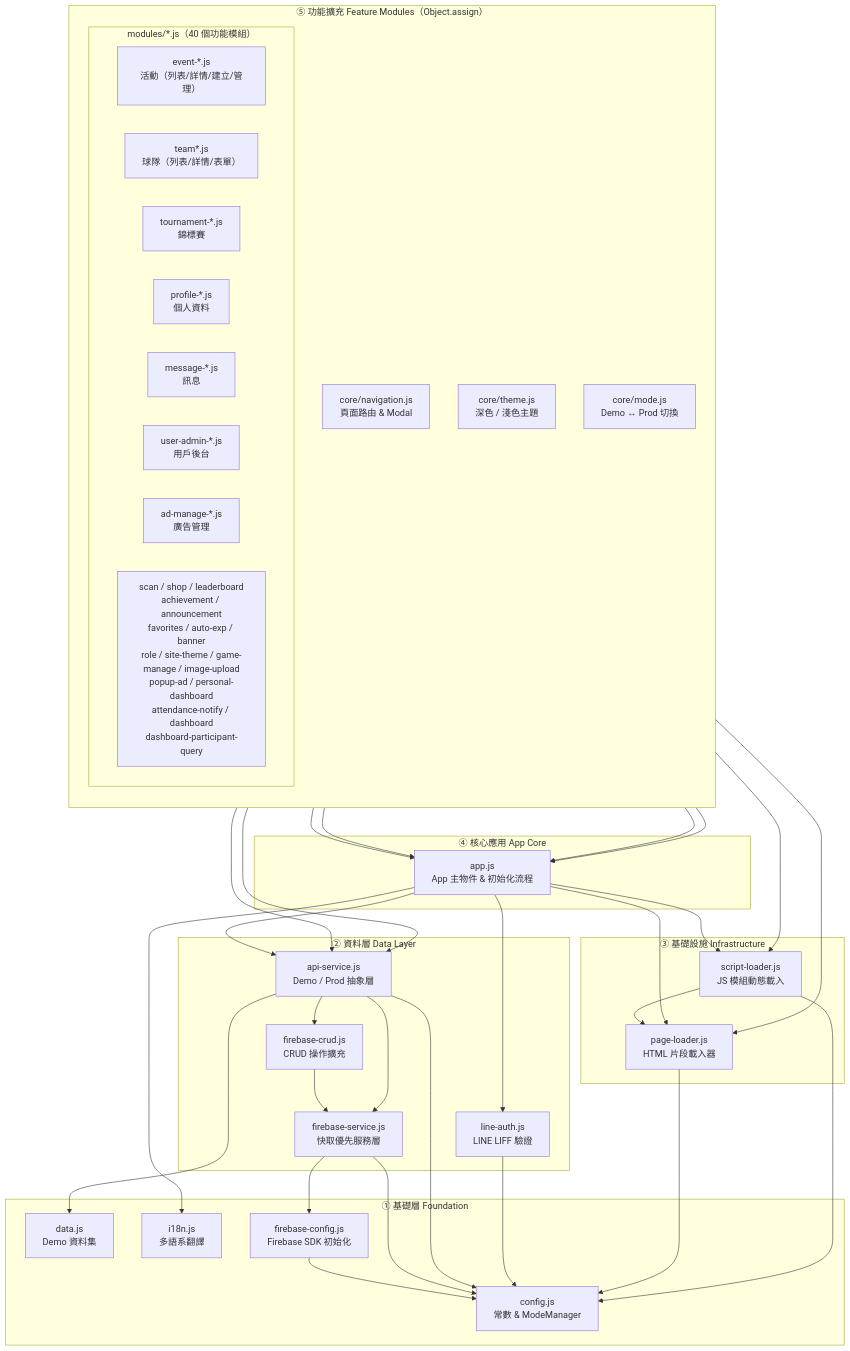
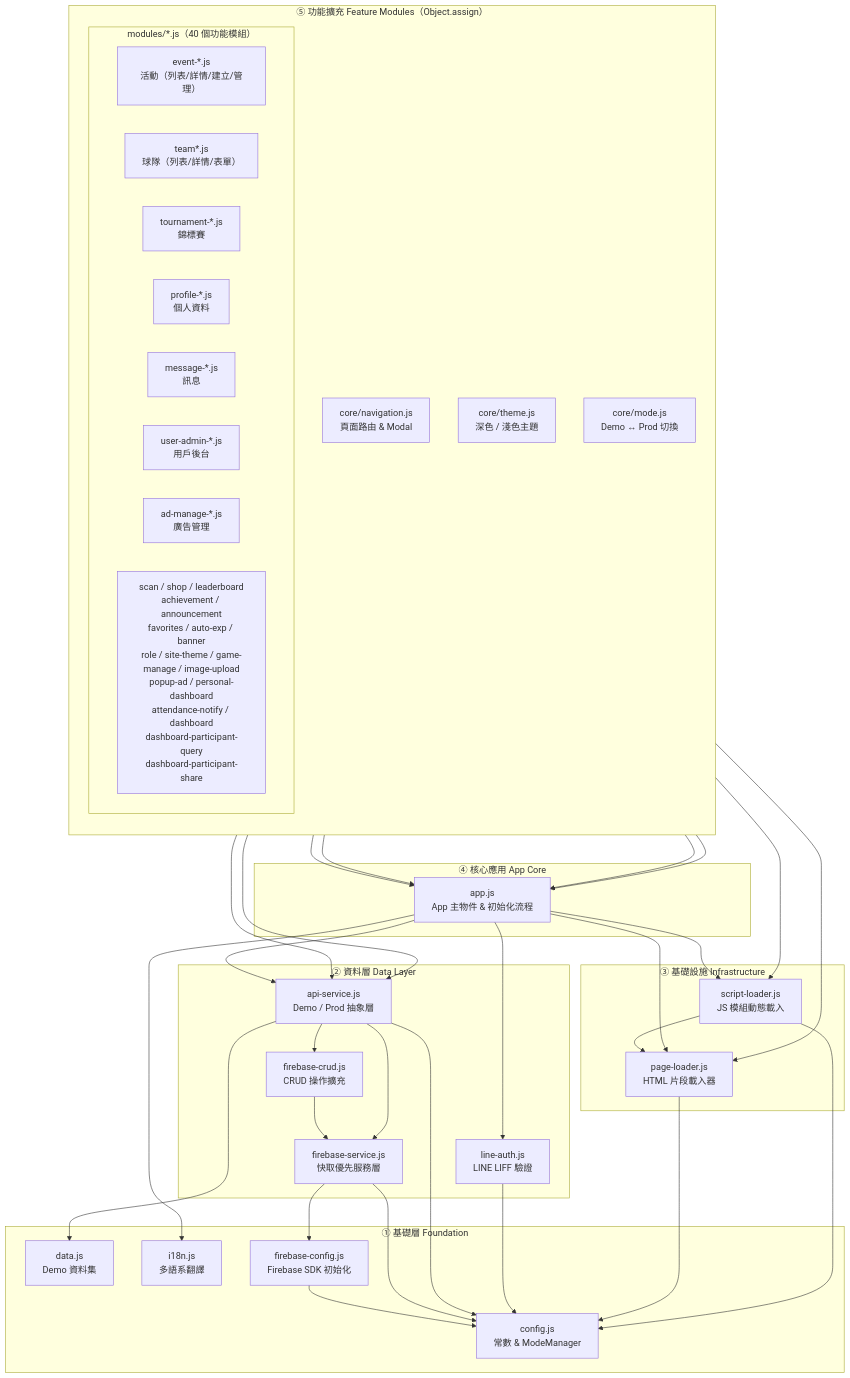
One commit to msw2004727/FC changed the first of 2 diagrams in docs/architecture.md. Above: the diagram before and after it, drawn with Mermaid. The commit also changed other lines of this file and 13 other files, not shown here.

Commit message:
feat: add participant query share page

````diff
--- a/docs/architecture.md
+++ b/docs/architecture.md
@@ -5,78 +5,78 @@
 ```mermaid
 flowchart TD
     subgraph F["① 基礎層 Foundation"]
         CONFIG["config.js\n常數 & ModeManager"]
         DATA["data.js\nDemo 資料集"]
         I18N["i18n.js\n多語系翻譯"]
         FB_CFG["firebase-config.js\nFirebase SDK 初始化"]
     end
 
     subgraph D["② 資料層 Data Layer"]
         FB_SVC["firebase-service.js\n快取優先服務層"]
         FB_CRUD["firebase-crud.js\nCRUD 操作擴充"]
         API["api-service.js\nDemo / Prod 抽象層"]
         LINE["line-auth.js\nLINE LIFF 驗證"]
     end
 
     subgraph I["③ 基礎設施 Infrastructure"]
         PAGE_LDR["page-loader.js\nHTML 片段載入器"]
         SCRPT_LDR["script-loader.js\nJS 模組動態載入"]
     end
 
     subgraph C["④ 核心應用 App Core"]
         APP["app.js\nApp 主物件 & 初始化流程"]
     end
 
     subgraph E["⑤ 功能擴充 Feature Modules（Object.assign）"]
         direction TB
         NAV["core/navigation.js\n頁面路由 & Modal"]
         THEME["core/theme.js\n深色 / 淺色主題"]
         MODE["core/mode.js\nDemo ↔ Prod 切換"]
 
         subgraph MODS["modules/*.js（40 個功能模組）"]
             EVT["event-*.js\n活動（列表/詳情/建立/管理）"]
             TEAM["team*.js\n球隊（列表/詳情/表單）"]
             TOUR["tournament-*.js\n錦標賽"]
             PROF["profile-*.js\n個人資料"]
             MSG["message-*.js\n訊息"]
             ADM["user-admin-*.js\n用戶後台"]
             AD["ad-manage-*.js\n廣告管理"]
-            UTIL["scan / shop / leaderboard\nachievement / announcement\nfavorites / auto-exp / banner\nrole / site-theme / game-manage / image-upload\npopup-ad / personal-dashboard\nattendance-notify / dashboard\ndashboard-participant-query"]
+            UTIL["scan / shop / leaderboard\nachievement / announcement\nfavorites / auto-exp / banner\nrole / site-theme / game-manage / image-upload\npopup-ad / personal-dashboard\nattendance-notify / dashboard\ndashboard-participant-query\ndashboard-participant-share"]
         end
     end
 
     %% Foundation 內部依賴
     FB_CFG --> CONFIG
 
     %% 資料層依賴
     FB_SVC --> CONFIG
     FB_SVC --> FB_CFG
     FB_CRUD --> FB_SVC
     API --> DATA
     API --> CONFIG
     API --> FB_SVC
     API --> FB_CRUD
     LINE --> CONFIG
 
     %% 基礎設施依賴
     PAGE_LDR --> CONFIG
     SCRPT_LDR --> CONFIG
     SCRPT_LDR --> PAGE_LDR
 
     %% App Core 依賴
     APP --> API
     APP --> LINE
     APP --> PAGE_LDR
     APP --> SCRPT_LDR
     APP --> I18N
 
     %% 功能擴充（Object.assign → App）
     NAV --> APP
     NAV --> PAGE_LDR
     NAV --> SCRPT_LDR
     THEME --> APP
     MODE --> APP
     MODE --> API
     MODS --> APP
     MODS --> API
 ```
````
